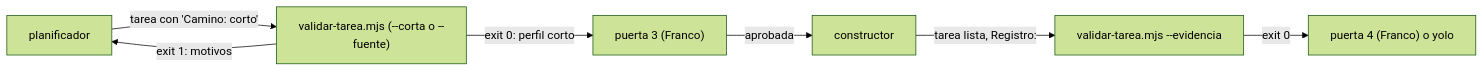
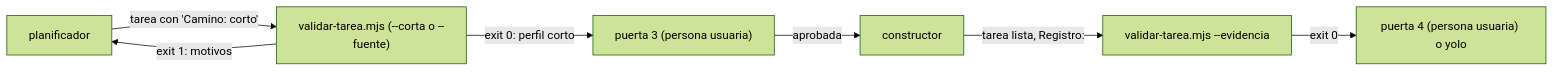
One commit to francolmc/Flucastr.AI changed the diagram in old/v1/definitions/CAMINO-CORTO.md. Above: the diagram before and after it, drawn with Mermaid (forest theme). The commit also changed other lines of this file and 469 other files, not shown here.

````diff
--- a/old/v1/definitions/CAMINO-CORTO.md
+++ b/old/v1/definitions/CAMINO-CORTO.md
@@ -12,9 +12,9 @@
 ```mermaid
 flowchart LR
   P["planificador"] -- "tarea con 'Camino: corto'" --> V["validar-tarea.mjs (--corta o --fuente)"]
-  V -- "exit 0: perfil corto" --> G["puerta 3 (Franco)"]
+  V -- "exit 0: perfil corto" --> G["puerta 3 (persona usuaria)"]
   V -- "exit 1: motivos" --> P
   G -- "aprobada" --> C["constructor"]
   C -- "tarea lista, Registro:" --> E["validar-tarea.mjs --evidencia"]
-  E -- "exit 0" --> G4["puerta 4 (Franco) o yolo"]
+  E -- "exit 0" --> G4["puerta 4 (persona usuaria) o yolo"]
 ```
````
